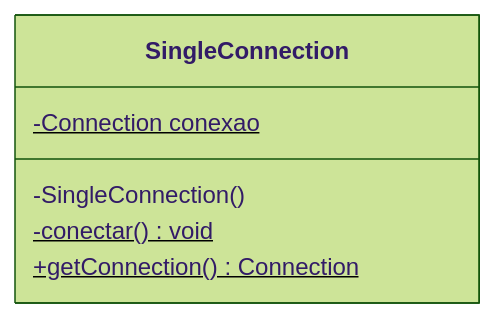
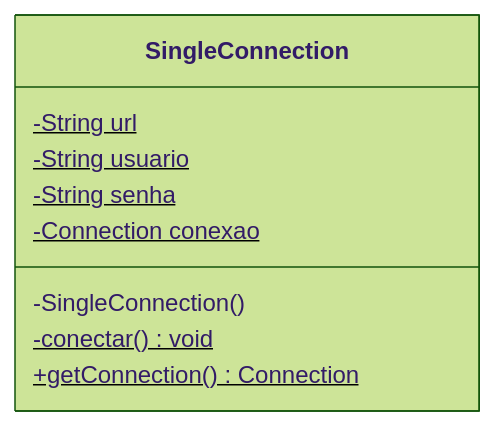
Before and after one commit to murilolol/unifef: diagram 13 of 26 in 3º Semestre/[Prof. Jefferson Passerini] Laboratório de Programação III/Resumos-IA/Simulados-Comentados.md, drawn with Mermaid (forest theme). The commit also changed other lines of this file and 10 other files, not shown here.

````diff
--- a/3º Semestre/[Prof. Jefferson Passerini] Laboratório de Programação III/Resumos-IA/Simulados-Comentados.md
+++ b/3º Semestre/[Prof. Jefferson Passerini] Laboratório de Programação III/Resumos-IA/Simulados-Comentados.md
@@ -395,9 +667,12 @@
 ```mermaid
 classDiagram
-    class SingleConnection {
-        -Connection conexao$
-        -SingleConnection()
-        -conectar()$ void
-        +getConnection()$ Connection
-    }
+  class SingleConnection {
+    -String url$
+    -String usuario$
+    -String senha$
+    -Connection conexao$
+    -SingleConnection()
+    -conectar()$ void
+    +getConnection()$ Connection
+  }
 ```
````
